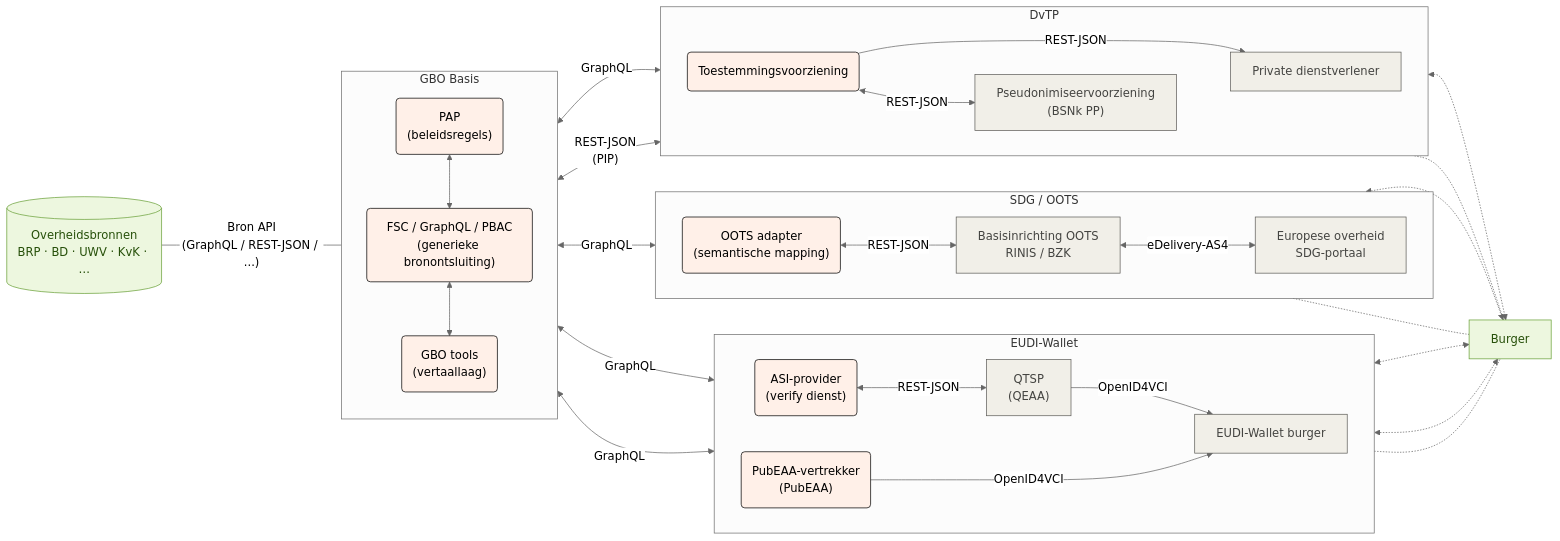
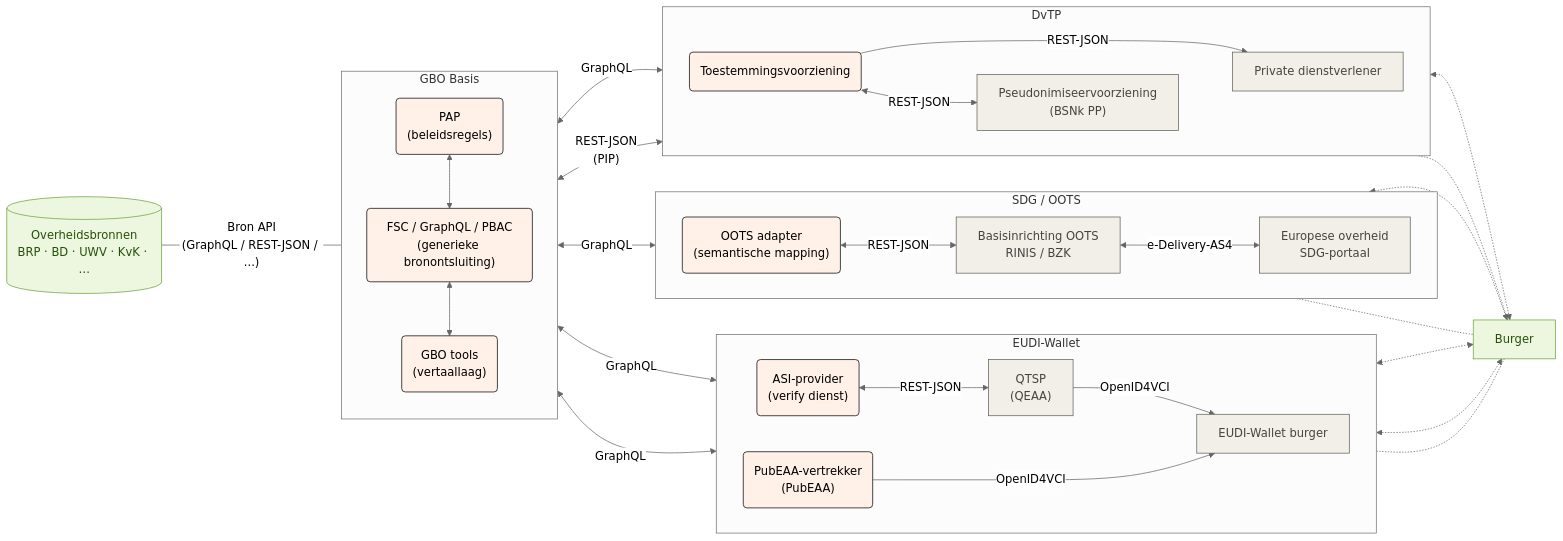
Before and after one commit to ICTU/GBO-PSA: the diagram in docs/diagrammen/gbo_swimlanes_pijlen.mmd, drawn with Mermaid (neutral theme). The commit also changed 16 other files, not shown here.

```diff
--- a/docs/diagrammen/gbo_swimlanes_pijlen.mmd
+++ b/docs/diagrammen/gbo_swimlanes_pijlen.mmd
@@ -1,71 +1,71 @@
 flowchart LR
   subgraph gbo["GBO Basis"]
     direction TB
         fsc_pap("PAP<br/>(beleidsregels)")
         fsc("FSC / GraphQL / PBAC<br/>(generieke bronontsluiting)")
         fsc_tools("GBO tools<br/>(vertaallaag)")
   end
   subgraph eudi["EUDI-Wallet"]
     direction LR
         eudi_asi("ASI-provider<br/>(verify dienst)")
         eudi_pubeaa("PubEAA-vertrekker<br/>(PubEAA)")
         eudi_qeaa["QTSP<br/>(QEAA)"]
         eudi_wallet["EUDI-Wallet burger"]
   end
   subgraph oots["SDG / OOTS"]
     direction LR
         oots_adapter("OOTS adapter<br/>(semantische mapping)")
         oots_basis["Basisinrichting OOTS<br/>RINIS / BZK"]
         oots_afnemer["Europese overheid<br/>SDG-portaal"]
   end
   subgraph dvtp["DvTP"]
     direction LR
         dvtp_toestemming("Toestemmingsvoorziening")
         dvtp_pseudoniem["Pseudonimiseervoorziening<br/>(BSNk PP)"]
         dvtp_afnemer["Private dienstverlener"]
   end
 
   fsc_pap <--> fsc
   fsc <--> fsc_tools
   bron[("Overheidsbronnen<br/>BRP · BD · UWV · KvK · …")] -- Bron API<br/>(GraphQL / REST-JSON / ...) --- gbo
   eudi_asi <-- REST-JSON --> eudi_qeaa
   eudi_qeaa -- OpenID4VCI --> eudi_wallet
   gbo <-- GraphQL --> eudi_asi & eudi_pubeaa & oots_adapter & dvtp_afnemer
   eudi_pubeaa -- OpenID4VCI ---> eudi_wallet
   oots_adapter <-- REST-JSON --> oots_basis
-  oots_basis <-- eDelivery-AS4 --> oots_afnemer
+  oots_basis <-- e-Delivery-AS4 --> oots_afnemer
   gbo <-- REST-JSON<br/>(PIP) --> dvtp_toestemming
   dvtp_toestemming -- REST-JSON --> dvtp_afnemer
   dvtp_toestemming <-- REST-JSON --> dvtp_pseudoniem
   dvtp_pseudoniem ~~~ dvtp_afnemer
   dvtp_toestemming <-.-> burger
   oots_basis <-.-> burger
   eudi_asi <-.-> burger
   eudi_pubeaa <-.-> burger
   eudi_wallet -.- burger["Burger"]
   oots_afnemer -.- burger
   dvtp_afnemer -.- burger
 
   fsc_pap:::gbo
   fsc:::gbo
   fsc_tools:::gbo
   eudi_asi:::gbo
   eudi_pubeaa:::gbo
   eudi_qeaa:::eudi
   eudi_wallet:::eudi
   oots_adapter:::gbo
   oots_basis:::oots
   oots_afnemer:::oots
   dvtp_toestemming:::gbo
   dvtp_pseudoniem:::dvtp
   dvtp_afnemer:::dvtp
   bron:::bron
   burger:::burger
 
   classDef bron fill:#edf7df,stroke:#6aa13a,color:#27500a
   classDef generiek fill:#f1efe8,stroke:#5f5e5a,color:#444441
   classDef eudi fill:#f1efe8,stroke:#5f5e5a,color:#444441
   classDef oots fill:#f1efe8,stroke:#5f5e5a,color:#444441
   classDef dvtp fill:#f1efe8,stroke:#5f5e5a,color:#444441
   classDef gbo fill:#fff0e8,stroke:#000000,color:#000000
   classDef burger fill:#edf7df,stroke:#6aa13a,color:#27500a
```
